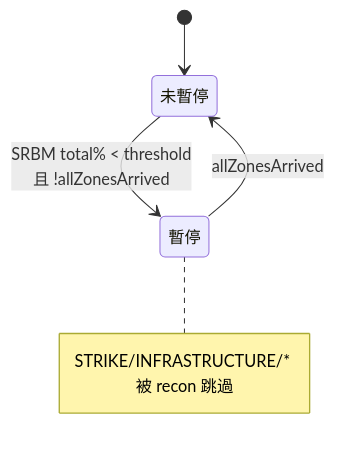
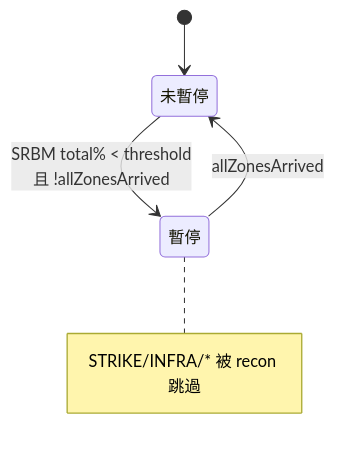
The third of 4 diagrams in docs/landingOps/coordinator.md (pullupjumper/formosa-in-flames), drawn with Mermaid before and after one commit. The commit also changed other lines of this file and 13 other files, not shown here.

````diff
--- a/docs/landingOps/coordinator.md
+++ b/docs/landingOps/coordinator.md
@@ -89,7 +89,7 @@
 ```mermaid
 stateDiagram-v2
     [*] --> 未暫停
     未暫停 --> 暫停: SRBM total% < threshold<br>且 !allZonesArrived
     暫停 --> 未暫停: allZonesArrived
-    note right of 暫停: STRIKE/INFRASTRUCTURE/* 被 recon 跳過
+    note right of 暫停: STRIKE/INFRA/* 被 recon 跳過
 ```
````
